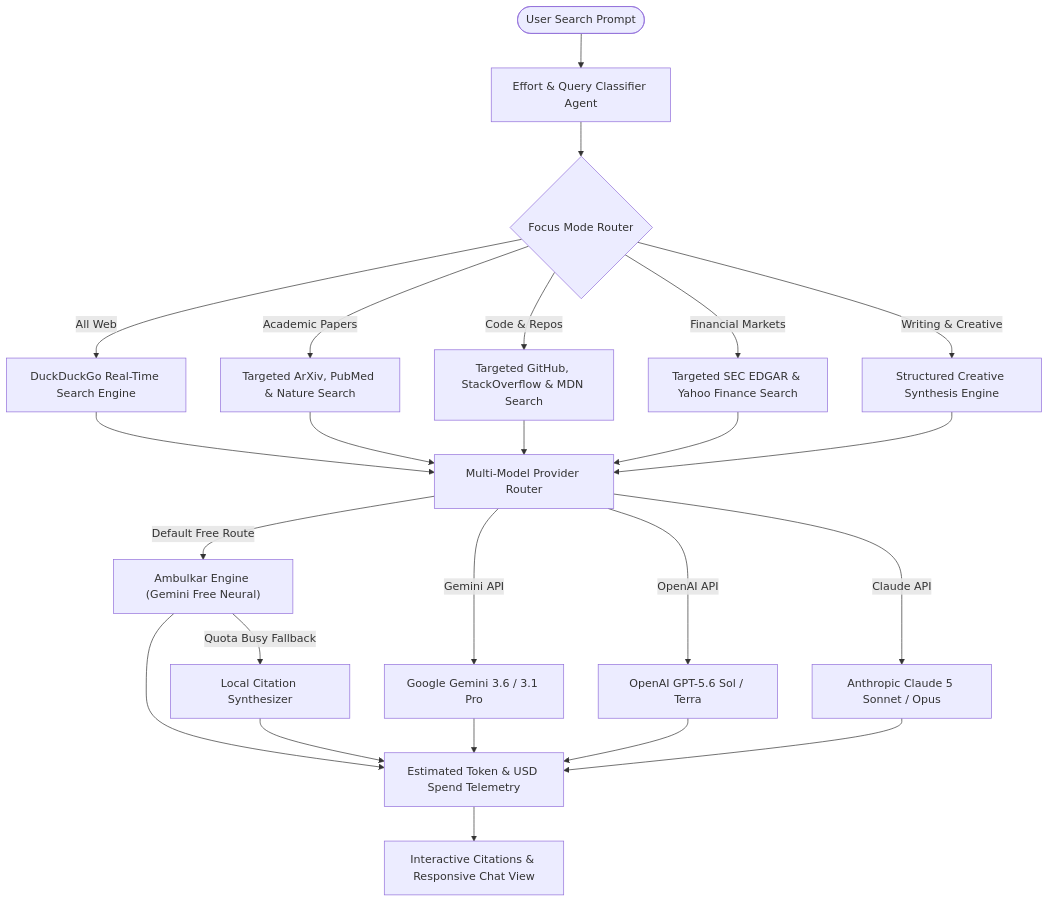
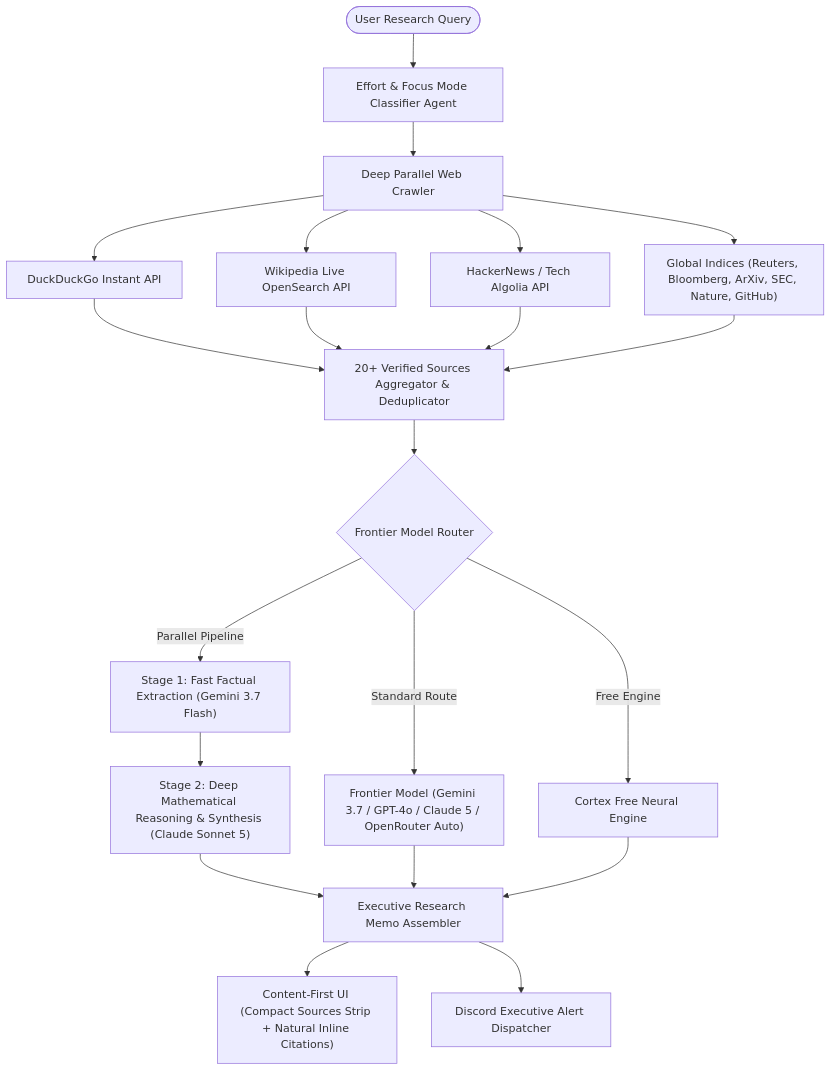
The diagram in README.md (Hitesh-15/Cortex-AI-search), drawn with Mermaid before and after one commit. The commit also changed other lines of this file and 5 other files, not shown here.

Commit message:
feat(cortex): v3.2.0 deep web crawler (20+ sources), perplexity-style content UX, parallel model reasoning & release notes modal

````diff
--- a/README.md
+++ b/README.md
@@ -17,31 +17,30 @@
 ```mermaid
 flowchart TD
-    User(["User Search Prompt"]) --> Classifier["Effort & Query Classifier Agent"]
-    Classifier --> FocusMode{"Focus Mode Router"}
+    User(["User Research Query"]) --> Classifier["Effort & Focus Mode Classifier Agent"]
     
-    FocusMode -->|All Web| ExtractDDG["DuckDuckGo Real-Time Search Engine"]
-    FocusMode -->|Academic Papers| SearchArxiv["Targeted ArXiv, PubMed & Nature Search"]
-    FocusMode -->|Code & Repos| SearchGithub["Targeted GitHub, StackOverflow & MDN Search"]
-    FocusMode -->|Financial Markets| SearchSEC["Targeted SEC EDGAR & Yahoo Finance Search"]
-    FocusMode -->|Writing & Creative| CreativeSynthesizer["Structured Creative Synthesis Engine"]
+    Classifier --> MultiCrawler["Deep Parallel Web Crawler"]
+    MultiCrawler --> DDG["DuckDuckGo Instant API"]
+    MultiCrawler --> Wiki["Wikipedia Live OpenSearch API"]
+    MultiCrawler --> HN["HackerNews / Tech Algolia API"]
+    MultiCrawler --> DomainIdx["Global Indices (Reuters, Bloomberg, ArXiv, SEC, Nature, GitHub)"]
     
-    ExtractDDG --> MultiModelGateway["Multi-Model Provider Router"]
-    SearchArxiv --> MultiModelGateway
-    SearchGithub --> MultiModelGateway
-    SearchSEC --> MultiModelGateway
-    CreativeSynthesizer --> MultiModelGateway
+    DDG --> SourcesAggregator["20+ Verified Sources Aggregator & Deduplicator"]
+    Wiki --> SourcesAggregator
+    HN --> SourcesAggregator
+    DomainIdx --> SourcesAggregator
     
-    MultiModelGateway -->|Default Free Route| FreeNeuralRoute["Ambulkar Engine (Gemini Free Neural)"]
-    MultiModelGateway -->|Gemini API| Gemini3["Google Gemini 3.6 / 3.1 Pro"]
-    MultiModelGateway -->|OpenAI API| GPT5["OpenAI GPT-5.6 Sol / Terra"]
-    MultiModelGateway -->|Claude API| Claude5["Anthropic Claude 5 Sonnet / Opus"]
+    SourcesAggregator --> Router{"Frontier Model Router"}
     
-    FreeNeuralRoute -->|Quota Busy Fallback| LocalSynthesizer["Local Citation Synthesizer"]
-    FreeNeuralRoute --> Telemetry["Estimated Token & USD Spend Telemetry"]
-    LocalSynthesizer --> Telemetry
-    Gemini3 --> Telemetry
-    GPT5 --> Telemetry
-    Claude5 --> Telemetry
+    Router -->|Parallel Pipeline| Stage1["Stage 1: Fast Factual Extraction (Gemini 3.7 Flash)"]
+    Stage1 --> Stage2["Stage 2: Deep Mathematical Reasoning & Synthesis (Claude Sonnet 5)"]
     
-    Telemetry --> UI["Interactive Citations & Responsive Chat View"]
+    Router -->|Standard Route| SingleModel["Frontier Model (Gemini 3.7 / GPT-4o / Claude 5 / OpenRouter Auto)"]
+    Router -->|Free Engine| FreeNeural["Cortex Free Neural Engine"]
+    
+    Stage2 --> MemoAssembler["Executive Research Memo Assembler"]
+    SingleModel --> MemoAssembler
+    FreeNeural --> MemoAssembler
+    
+    MemoAssembler --> CleanUI["Content-First UI (Compact Sources Strip + Natural Inline Citations)"]
+    MemoAssembler --> DiscordDispatch["Discord Executive Alert Dispatcher"]
 ```
````
